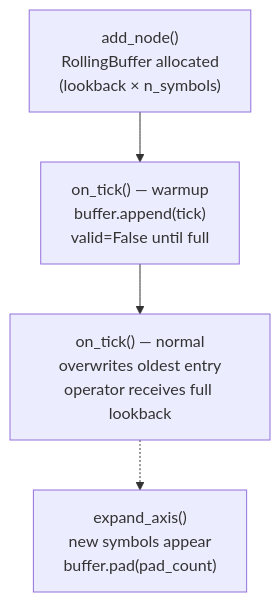
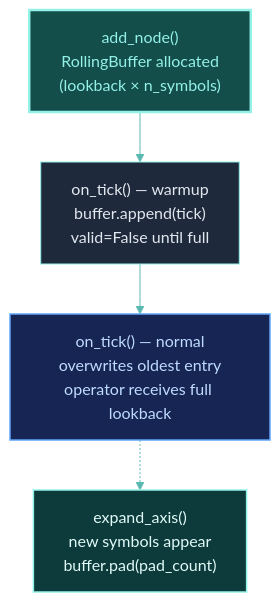
Before and after one commit to Clypt/docs: the diagram in engine/lookback-buffers.mdx, drawn with Mermaid. The commit also changed other lines of this file and 73 other files, not shown here.

````diff
--- a/engine/lookback-buffers.mdx
+++ b/engine/lookback-buffers.mdx
@@ -200,10 +200,19 @@
 ```mermaid
+%%{init: {'theme': 'base', 'themeVariables': { 'primaryColor': '#1e293b', 'primaryTextColor': '#e2e8f0', 'primaryBorderColor': '#94F1E8', 'lineColor': '#5bb8b0', 'clusterBkg': '#0f172a', 'clusterBorder': '#1e3a3a', 'titleColor': '#94F1E8', 'edgeLabelBackground': 'transparent' }}}%%
 flowchart TB
+    classDef highlight fill:#134e4a,stroke:#94F1E8,stroke-width:2.5px,color:#94F1E8
+    classDef source fill:#0d3b3b,stroke:#94F1E8,stroke-width:1.5px,color:#e0faf7
+    classDef action fill:#172554,stroke:#60a5fa,stroke-width:1.5px,color:#bfdbfe
+
     A["add_node()<br>RollingBuffer allocated<br>(lookback × n_symbols)"]
     B["on_tick() — warmup<br>buffer.append(tick)<br>valid=False until full"]
     C["on_tick() — normal<br>overwrites oldest entry<br>operator receives full lookback"]
     D["expand_axis()<br>new symbols appear<br>buffer.pad(pad_count)"]
 
     A --> B --> C
     C -.-> D
+
+    class A highlight
+    class C action
+    class D source
 ```
````
